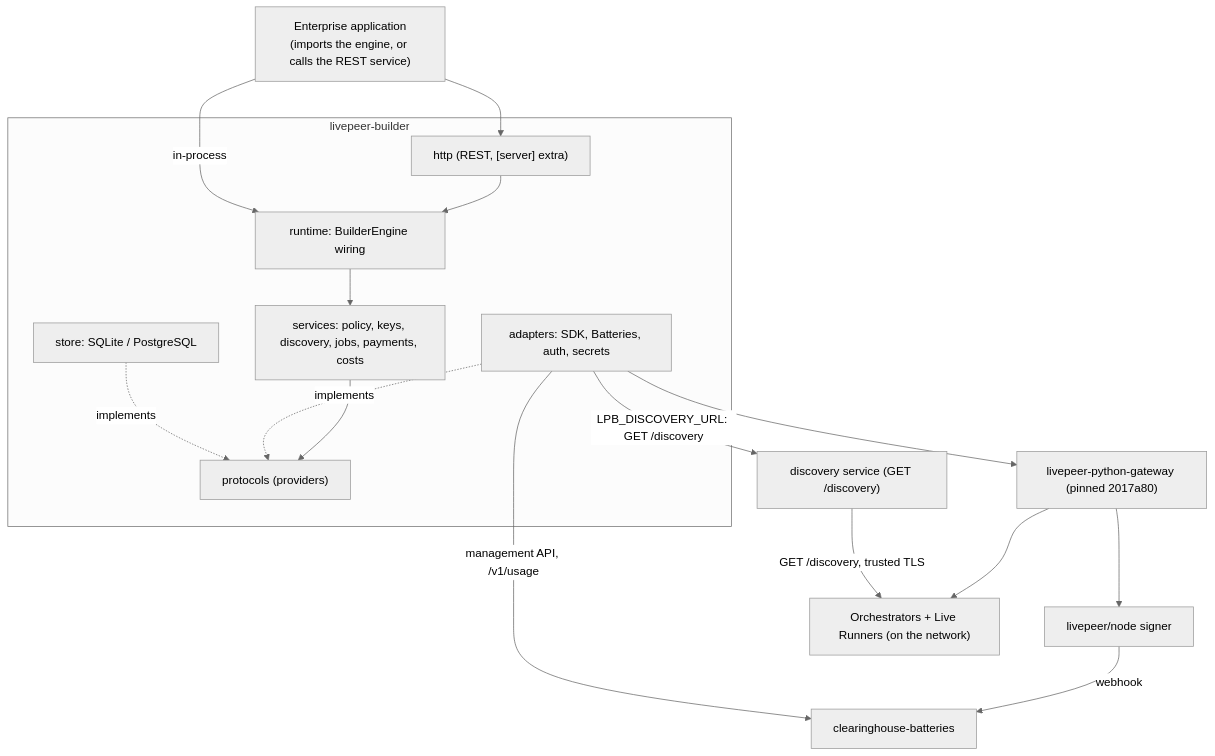
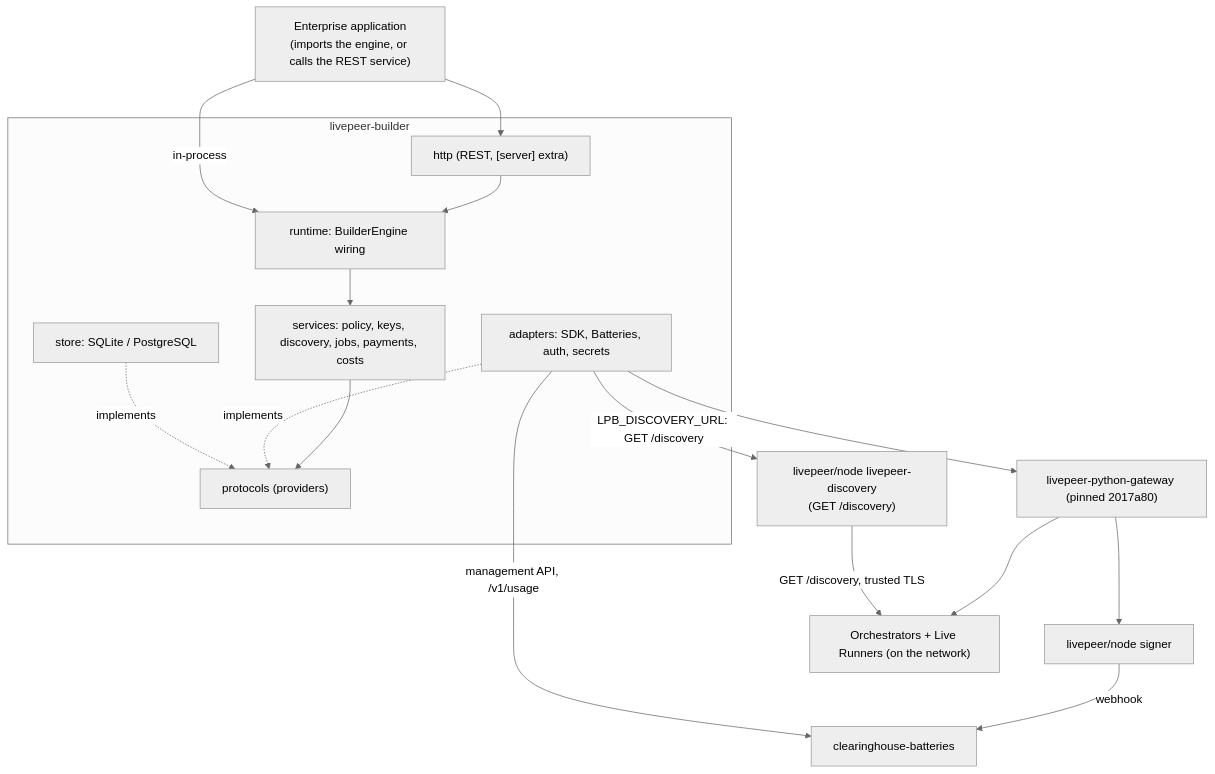
Before and after one commit to NE-Build-Track/livepeer-builder-core: the diagram in ARCHITECTURE.md, drawn with Mermaid (neutral theme). The commit also changed other lines of this file and 68 other files, not shown here.

First line of the commit message:
refactor(discovery)!: read livepeer/node's /discovery contract

````diff
--- a/ARCHITECTURE.md
+++ b/ARCHITECTURE.md
@@ -7,26 +7,26 @@
 ```mermaid
 flowchart TB
     App["Enterprise application<br/>(imports the engine, or calls the REST service)"]
     subgraph Engine["livepeer-builder"]
         HTTP["http (REST, [server] extra)"]
         RT["runtime: BuilderEngine wiring"]
         SVC["services: policy, keys, discovery, jobs, payments, costs"]
         PROV["protocols (providers)"]
         AD["adapters: SDK, Batteries, auth, secrets"]
         ST["store: SQLite / PostgreSQL"]
     end
-    Disc["discovery service (GET /discovery)"]
+    Disc["livepeer/node livepeer-discovery<br/>(GET /discovery)"]
     SDK["livepeer-python-gateway (pinned 2017a80)"]
     Signer["livepeer/node signer"]
     Bat["clearinghouse-batteries"]
     Orch["Orchestrators + Live Runners (on the network)"]
     App --> HTTP --> RT
     App -->|"in-process"| RT
     RT --> SVC --> PROV
     AD -.implements.-> PROV
     ST -.implements.-> PROV
     AD --> SDK --> Signer -->|"webhook"| Bat
     SDK --> Orch
     AD -->|"LPB_DISCOVERY_URL: GET /discovery"| Disc -->|"GET /discovery, trusted TLS"| Orch
     AD -->|"management API, /v1/usage"| Bat
 ```
````
